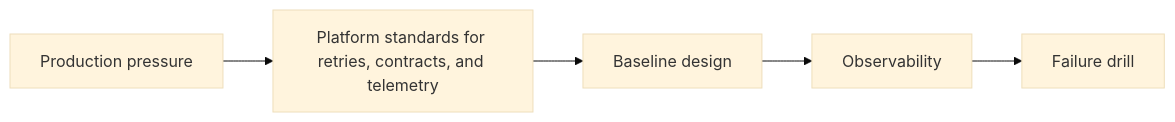
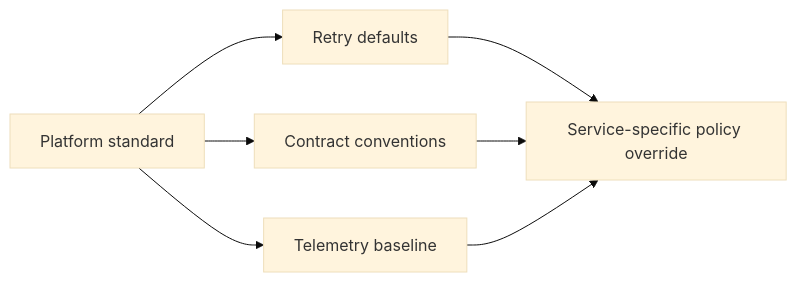
The diagram in _posts/2026-08-11-microservices-platform-standards-retries-contracts-part-1.md (sandeepbhardwaj/sandeepbhardwaj.github.io), drawn with Mermaid (base theme) before and after one commit. The commit also changed other lines of this file and 113 other files, not shown here.

````diff
--- a/_posts/2026-08-11-microservices-platform-standards-retries-contracts-part-1.md
+++ b/_posts/2026-08-11-microservices-platform-standards-retries-contracts-part-1.md
@@ -57,7 +132,10 @@
 ```mermaid
 flowchart LR
-    A[Production pressure] --> B[Platform standards for retries, contracts, and telemetry]
-    B --> C[Baseline design]
-    C --> D[Observability]
-    D --> E[Failure drill]
+    P[Platform standard] --> D1[Retry defaults]
+    P --> D2[Contract conventions]
+    P --> D3[Telemetry baseline]
+
+    D1 --> S[Service-specific policy override]
+    D2 --> S
+    D3 --> S
 ```
````
